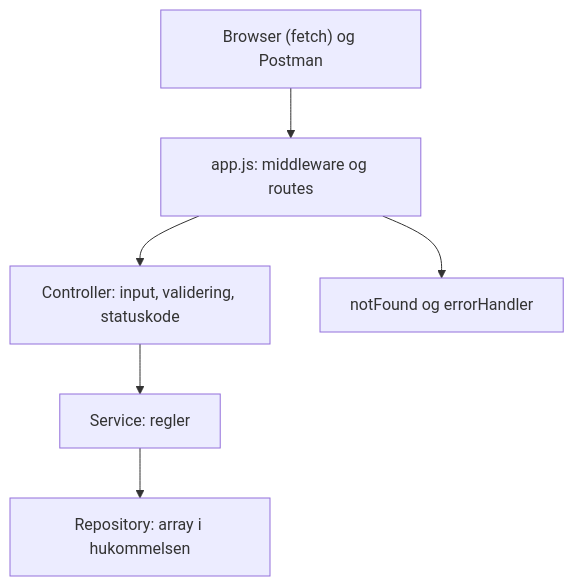
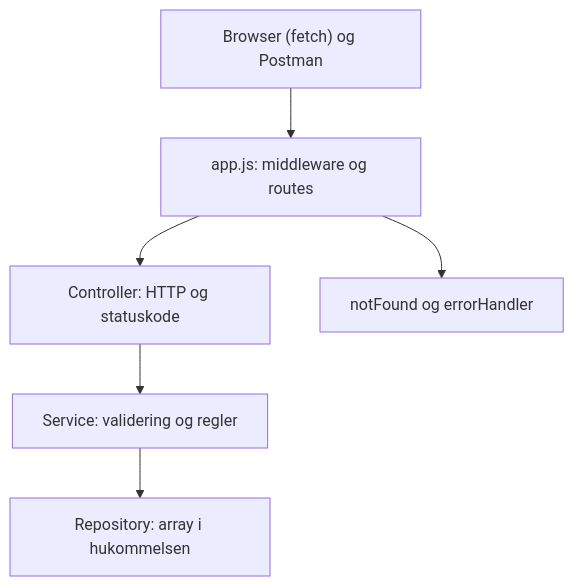
One commit to MatthFPS/hw-starwars changed the diagram in README.md. Above: the diagram before and after it, drawn with Mermaid. The commit also changed other lines of this file and 8 other files, not shown here.

````diff
--- a/README.md
+++ b/README.md
@@ -52,8 +52,8 @@
 ```mermaid
 flowchart TD
     Browser["Browser (fetch) og Postman"] --> App["app.js: middleware og routes"]
-    App --> Controller["Controller: input, validering, statuskode"]
+    App --> Controller["Controller: HTTP og statuskode"]
     App --> Errors["notFound og errorHandler"]
-    Controller --> Service["Service: regler"]
+    Controller --> Service["Service: validering og regler"]
     Service --> Repository["Repository: array i hukommelsen"]
 ```
````
